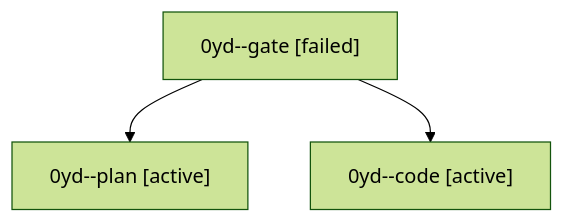
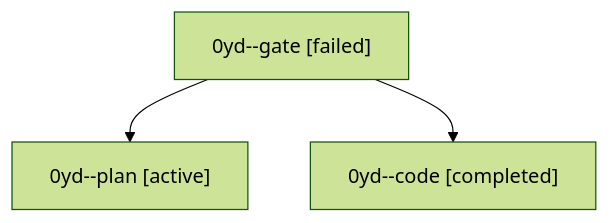
The diagram in sessions/bbugyi200.athena.0yd.md (bobs-org/bob-cli--agents), drawn with Mermaid (forest theme) before and after one commit. The commit also changed other lines of this file and 25 other files, not shown here.

````diff
--- a/sessions/bbugyi200.athena.0yd.md
+++ b/sessions/bbugyi200.athena.0yd.md
@@ -9,8 +9,8 @@
 ```mermaid
 flowchart TD
   n0["0yd--gate [failed]"]
   n1["0yd--plan [active]"]
   n0 --> n1
-  n2["0yd--code [active]"]
+  n2["0yd--code [completed]"]
   n0 --> n2
 ```
````
